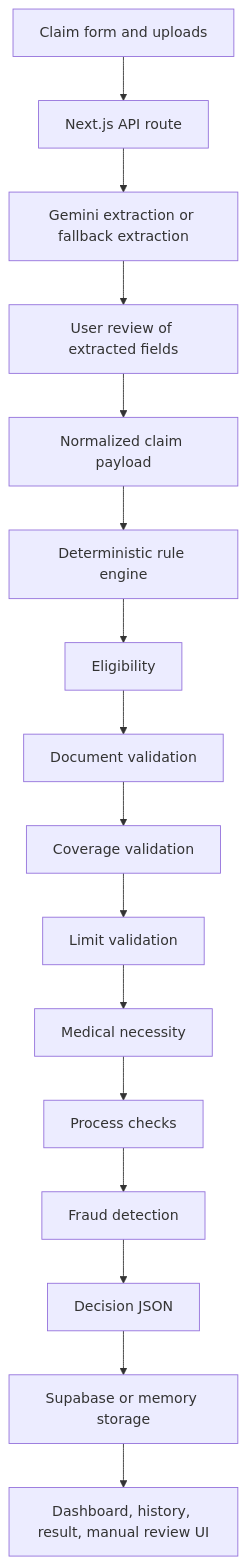
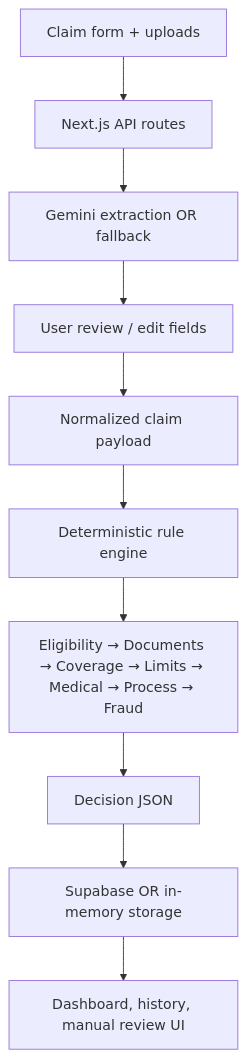
The diagram in docs/architecture.md (Nikhilsai-M/Plum-assignment), drawn with Mermaid before and after one commit.

Commit message:
Revise architecture diagram for improved readability
Updated architecture diagram for clarity and consistency.

````diff
--- a/docs/architecture.md
+++ b/docs/architecture.md
@@ -3,18 +3,13 @@
 ```mermaid
 flowchart TD
-  A[Claim form and uploads] --> B[Next.js API route]
-  B --> C[Gemini extraction or fallback extraction]
-  C --> D[User review of extracted fields]
+  A[Claim form + uploads] --> B[Next.js API routes]
+  B --> C[Gemini extraction OR fallback]
+  C --> D[User review / edit fields]
   D --> E[Normalized claim payload]
   E --> F[Deterministic rule engine]
-  F --> G[Eligibility]
-  G --> H[Document validation]
-  H --> I[Coverage validation]
-  I --> J[Limit validation]
-  J --> K[Medical necessity]
-  K --> L[Process checks]
-  L --> M[Fraud detection]
-  M --> N[Decision JSON]
-  N --> O[Supabase or memory storage]
-  O --> P[Dashboard, history, result, manual review UI]
+  F --> G[Eligibility → Documents → Coverage → Limits → Medical → Process → Fraud]
+  G --> H[Decision JSON]
+  H --> I[Supabase OR in-memory storage]
+  I --> J[Dashboard, history, manual review UI]
+
 ```
````
